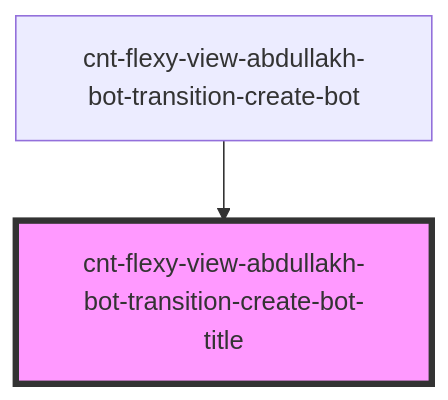
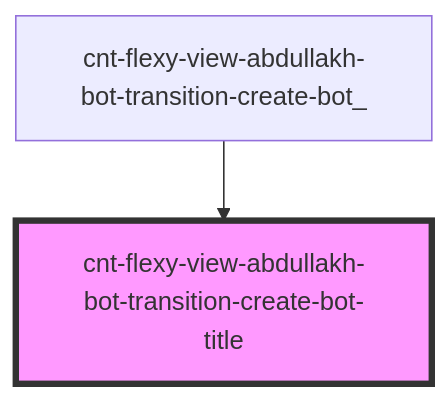
Before and after one commit to Wokh-Dada/botdevelopmentapp: the diagram in src/components/cnt-flexy-view-abdullakh-bot-transition-create-bot/res/view/cnt-flexy-view-abdullakh-bot-transition-create-bot_/res/view/cnt-flexy-view-abdullakh-bot-transition-create-bot-title/readme.md, drawn with Mermaid. The commit also changed other lines of this file and 34 other files, not shown here.

````diff
--- a/src/components/cnt-flexy-view-abdullakh-bot-transition-create-bot/res/view/cnt-flexy-view-abdullakh-bot-transition-create-bot_/res/view/cnt-flexy-view-abdullakh-bot-transition-create-bot-title/readme.md
+++ b/src/components/cnt-flexy-view-abdullakh-bot-transition-create-bot/res/view/cnt-flexy-view-abdullakh-bot-transition-create-bot_/res/view/cnt-flexy-view-abdullakh-bot-transition-create-bot-title/readme.md
@@ -29,5 +29,5 @@
 ```mermaid
 graph TD;
-  cnt-flexy-view-abdullakh-bot-transition-create-bot --> cnt-flexy-view-abdullakh-bot-transition-create-bot-title
+  cnt-flexy-view-abdullakh-bot-transition-create-bot_ --> cnt-flexy-view-abdullakh-bot-transition-create-bot-title
   style cnt-flexy-view-abdullakh-bot-transition-create-bot-title fill:#f9f,stroke:#333,stroke-width:4px
 ```
````
